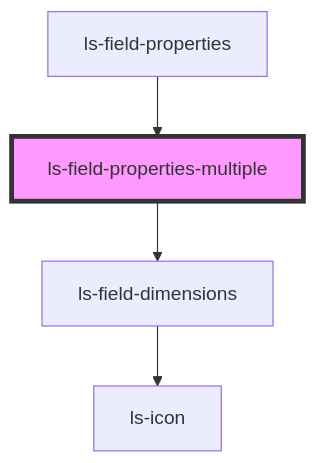
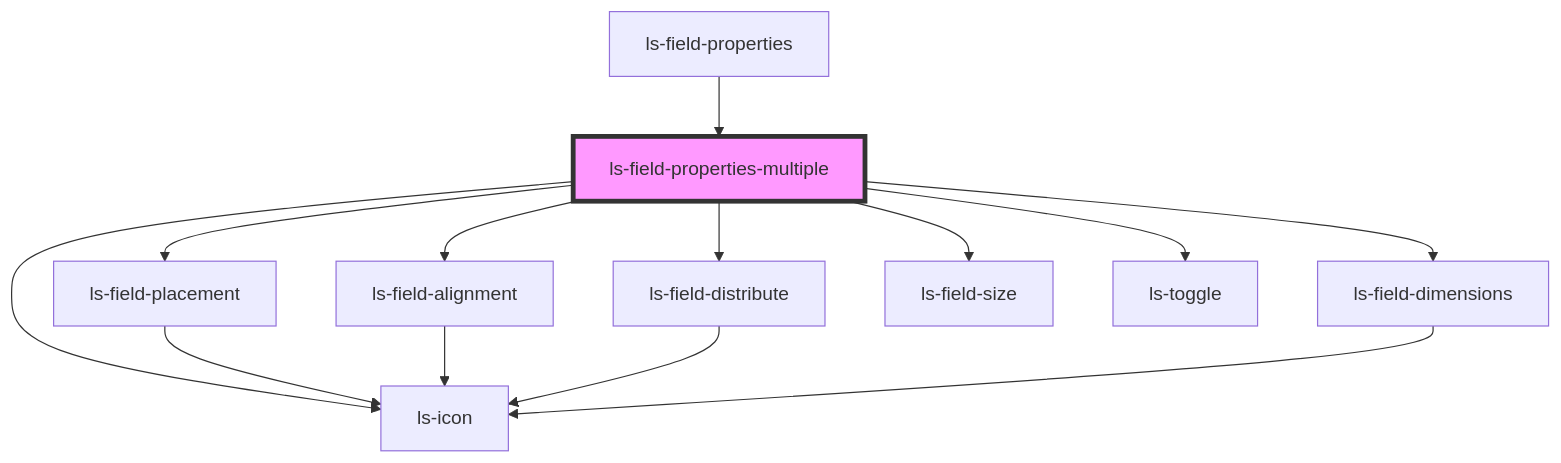
One commit to legalesign/ls-document-viewer changed the diagram in src/components/ls-field-properties-multiple/readme.md. Above: the diagram before and after it, drawn with Mermaid. The commit also changed other lines of this file and 21 other files, not shown here.

````diff
--- a/src/components/ls-field-properties-multiple/readme.md
+++ b/src/components/ls-field-properties-multiple/readme.md
@@ -26,7 +33,16 @@
 ```mermaid
 graph TD;
+  ls-field-properties-multiple --> ls-field-placement
+  ls-field-properties-multiple --> ls-field-alignment
+  ls-field-properties-multiple --> ls-field-distribute
   ls-field-properties-multiple --> ls-field-dimensions
+  ls-field-properties-multiple --> ls-field-size
+  ls-field-properties-multiple --> ls-icon
+  ls-field-properties-multiple --> ls-toggle
+  ls-field-placement --> ls-icon
+  ls-field-alignment --> ls-icon
+  ls-field-distribute --> ls-icon
   ls-field-dimensions --> ls-icon
   ls-field-properties --> ls-field-properties-multiple
   style ls-field-properties-multiple fill:#f9f,stroke:#333,stroke-width:4px
 ```
````
